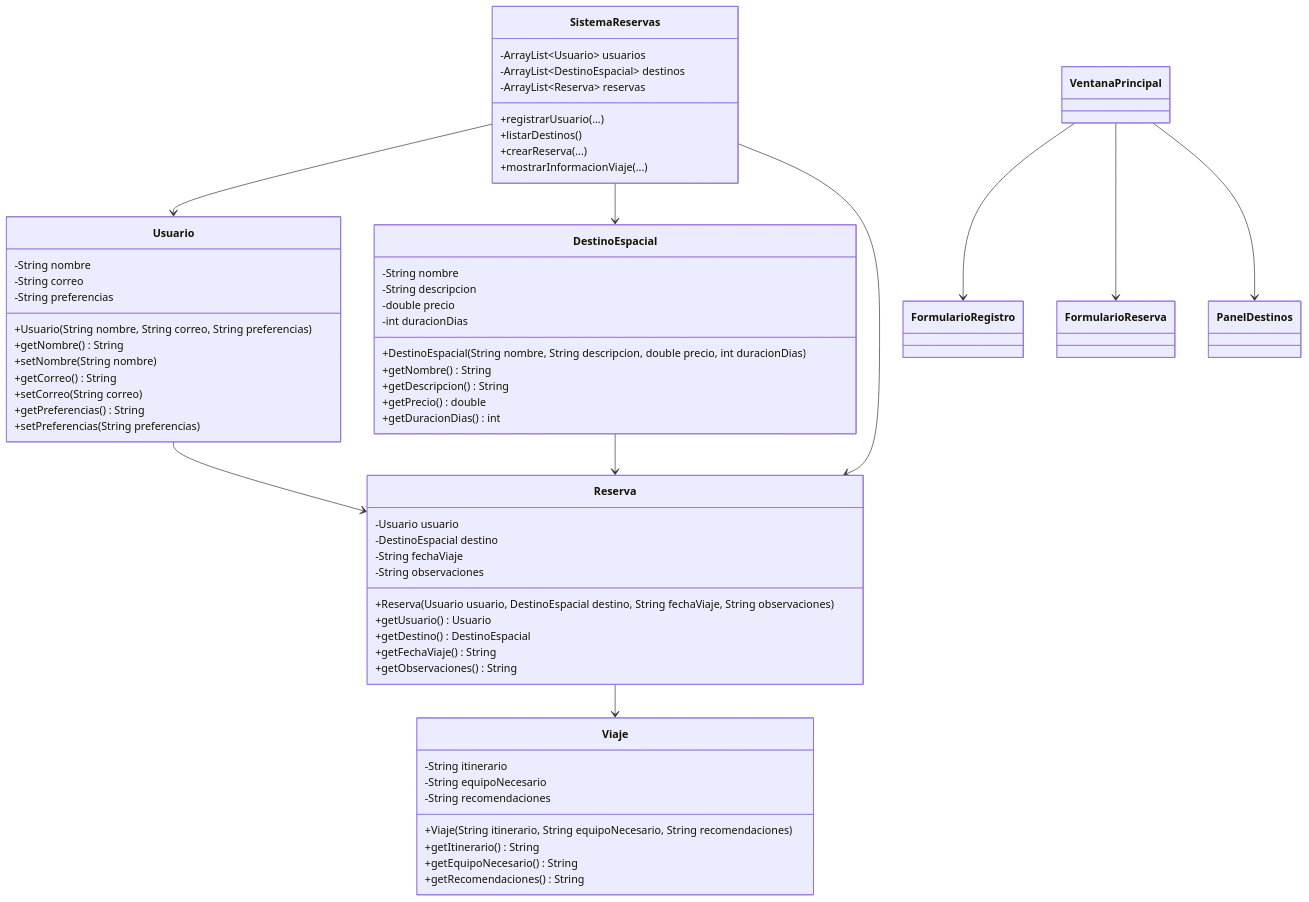
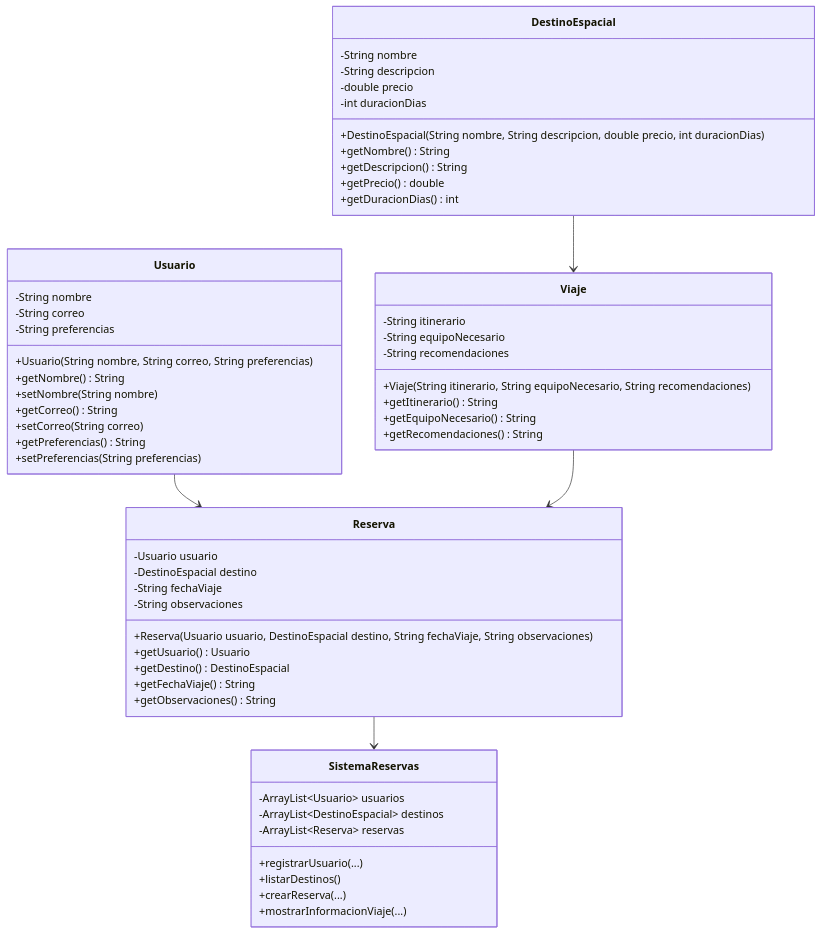
Before and after one commit to Srjuanznx/Proyecto-final-de-Fundamentos-de-Programaci-n: the third of 5 diagrams in README.md, drawn with Mermaid. The commit also changed other lines of this file and 43 other files, not shown here.

````diff
--- a/README.md
+++ b/README.md
@@ -122,75 +105,66 @@
 ```mermaid
 classDiagram
     class Usuario {
         -String nombre
         -String correo
         -String preferencias
         +Usuario(String nombre, String correo, String preferencias)
         +getNombre() String
         +setNombre(String nombre)
         +getCorreo() String
         +setCorreo(String correo)
         +getPreferencias() String
         +setPreferencias(String preferencias)
     }
 
     class DestinoEspacial {
         -String nombre
         -String descripcion
         -double precio
         -int duracionDias
         +DestinoEspacial(String nombre, String descripcion, double precio, int duracionDias)
         +getNombre() String
         +getDescripcion() String
         +getPrecio() double
         +getDuracionDias() int
     }
 
     class Reserva {
         -Usuario usuario
         -DestinoEspacial destino
         -String fechaViaje
         -String observaciones
         +Reserva(Usuario usuario, DestinoEspacial destino, String fechaViaje, String observaciones)
         +getUsuario() Usuario
         +getDestino() DestinoEspacial
         +getFechaViaje() String
         +getObservaciones() String
     }
 
     class Viaje {
         -String itinerario
         -String equipoNecesario
         -String recomendaciones
         +Viaje(String itinerario, String equipoNecesario, String recomendaciones)
         +getItinerario() String
         +getEquipoNecesario() String
         +getRecomendaciones() String
     }
 
     class SistemaReservas {
         -ArrayList~Usuario~ usuarios
         -ArrayList~DestinoEspacial~ destinos
         -ArrayList~Reserva~ reservas
         +registrarUsuario(...)
         +listarDestinos()
         +crearReserva(...)
         +mostrarInformacionViaje(...)
     }
 
-    class VentanaPrincipal
-    class FormularioRegistro
-    class FormularioReserva
-    class PanelDestinos
 
     Usuario --> Reserva
-    DestinoEspacial --> Reserva
-    Reserva --> Viaje
-    SistemaReservas --> Usuario
-    SistemaReservas --> DestinoEspacial
-    SistemaReservas --> Reserva
-    VentanaPrincipal --> FormularioRegistro
-    VentanaPrincipal --> FormularioReserva
-    VentanaPrincipal --> PanelDestinos
+    DestinoEspacial  --> Viaje
+    Viaje --> Reserva
+    Reserva --> SistemaReservas
 
 ```
````
